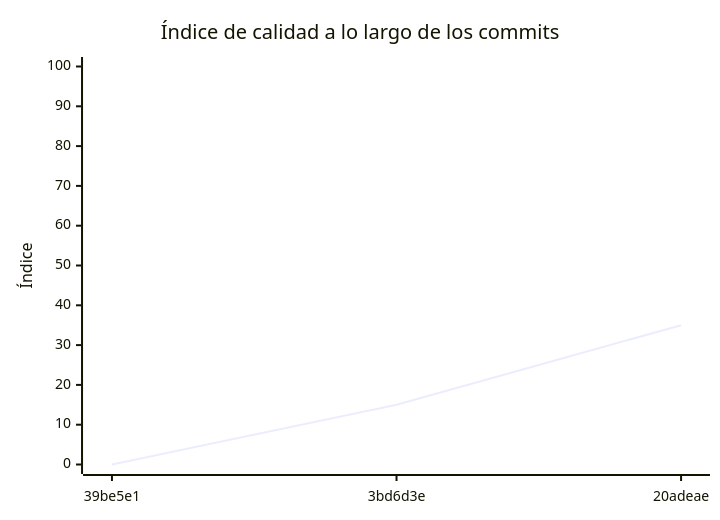
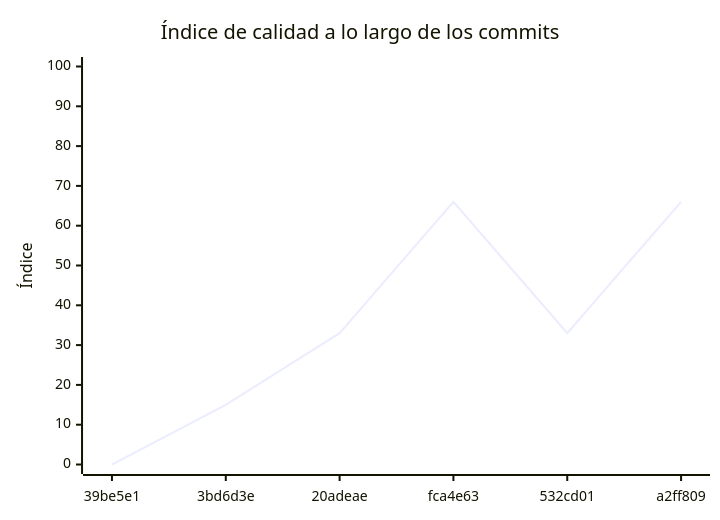
Before and after one commit to prog2rupcic/backend-turnos: the diagram in docs/EVALUACION.md, drawn with Mermaid. The commit also changed other lines of this file and 1 other file, not shown here.

````diff
--- a/docs/EVALUACION.md
+++ b/docs/EVALUACION.md
@@ -131,7 +302,7 @@
 ```mermaid
 xychart-beta
     title "Índice de calidad a lo largo de los commits"
-    x-axis ["39be5e1", "3bd6d3e", "20adeae"]
+    x-axis ["39be5e1", "3bd6d3e", "20adeae", "fca4e63", "532cd01", "a2ff809"]
     y-axis "Índice" 0 --> 100
-    line [0, 15, 35]
+    line [0, 15, 33, 66, 33, 66]
 ```
````
